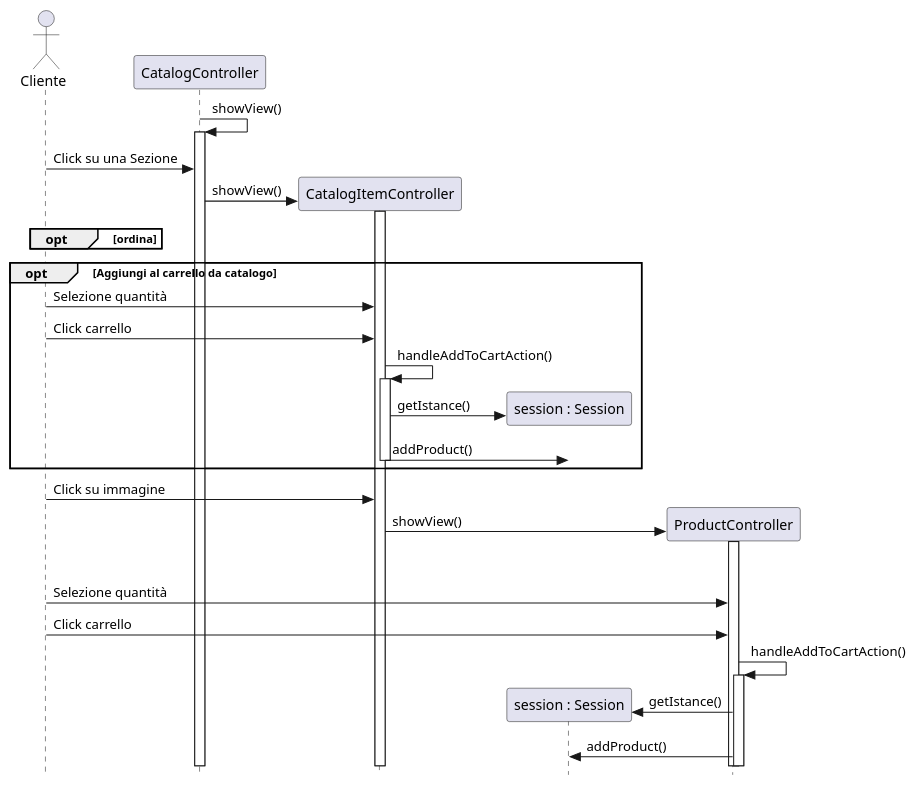
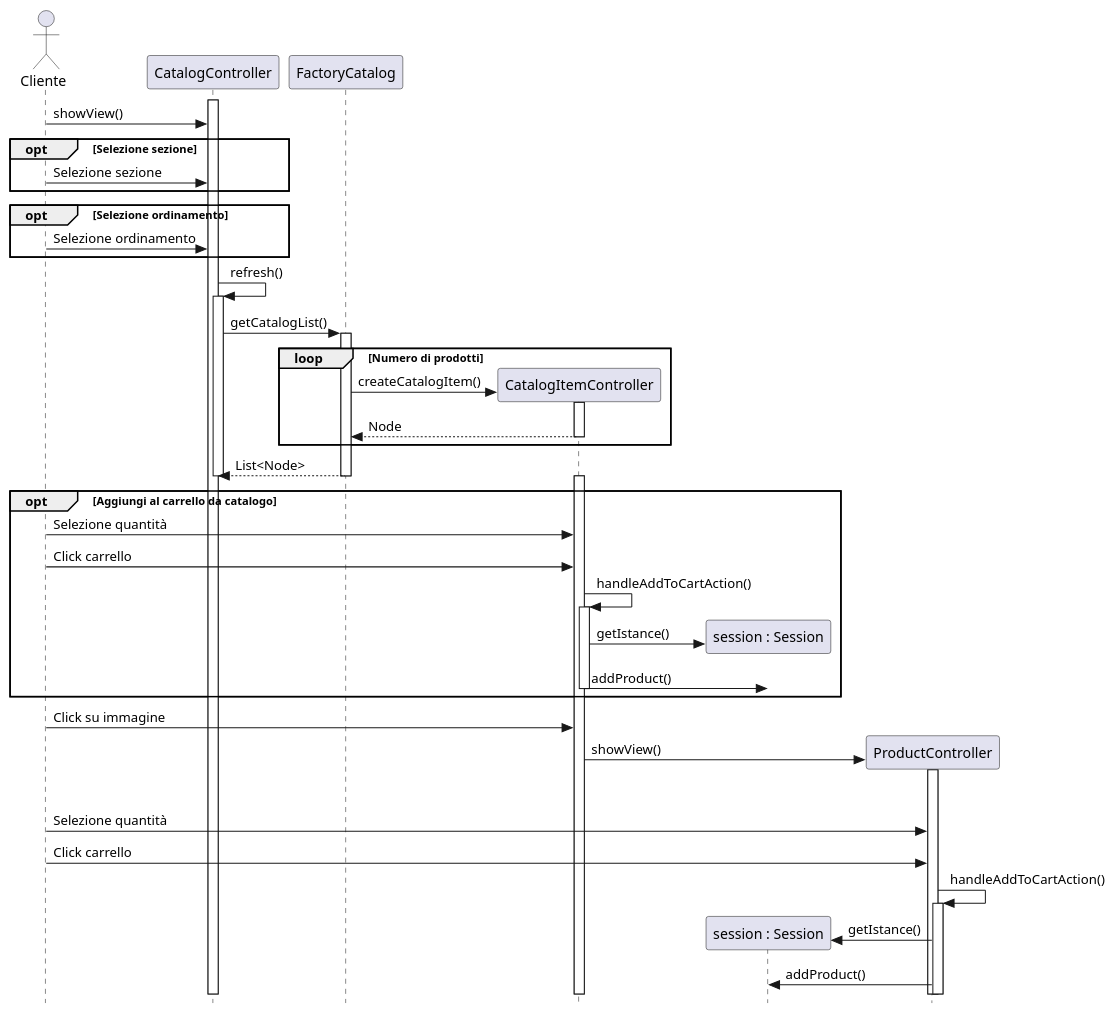
Before and after one commit to joshuachp/progetto_ingegneria_software: the diagram in docs/diagrams/class/sequence_effettua_spesa.puml, drawn with PlantUML. The commit also changed 3 other files, not shown here.

Commit message:
WIP sequence

```diff
--- a/docs/diagrams/class/sequence_effettua_spesa.puml
+++ b/docs/diagrams/class/sequence_effettua_spesa.puml
@@ -1,42 +1,53 @@
 @startuml
 actor Cliente
 skinparam Style strictuml
 participant CatalogController
+Cliente -> CatalogController : showView()
+opt Selezione sezione
+Cliente -> CatalogController : Selezione sezione
+end opt
+opt Selezione ordinamento
+Cliente -> CatalogController : Selezione ordinamento
+end opt
+activate CatalogController
+CatalogController->CatalogController : refresh()
+activate CatalogController
+CatalogController->FactoryCatalog : getCatalogList()
+activate FactoryCatalog
+loop Numero di prodotti
+FactoryCatalog -> CatalogItemController **: createCatalogItem()
+activate CatalogItemController
+return Node
+end loop
+return List<Node>
+deactivate CatalogController
 
-CatalogController -> CatalogController : showView()
-activate CatalogController
-Cliente -> CatalogController : Click su una Sezione
-CatalogController -> CatalogItemController **: showView()
 activate CatalogItemController
-' Manca l'aggiornamento dei prodotti in base alla sezione
 
-opt ordina
-' manca il sorting dei prodotti
-end opt
 opt Aggiungi al carrello da catalogo
 Cliente -> CatalogItemController : Selezione quantità
  
 Cliente -> CatalogItemController : Click carrello
 
 CatalogItemController -> CatalogItemController : handleAddToCartAction() 
 activate CatalogItemController
 CatalogItemController -> "session : Session" ** : getIstance()
 CatalogItemController -> "session : Session" : addProduct()
 deactivate CatalogItemController
 end opt 
 
 Cliente -> CatalogItemController : Click su immagine
 CatalogItemController -> ProductController **: showView()
 activate ProductController
 opt Aggiungi al carrello da catalogo
 Cliente -> ProductController : Selezione quantità
  
 Cliente -> ProductController : Click carrello
 
 ProductController -> ProductController : handleAddToCartAction() 
 activate ProductController
 ProductController -> "session : Session" ** : getIstance()
 ProductController -> "session : Session" : addProduct()
 
 
 @enduml
```
